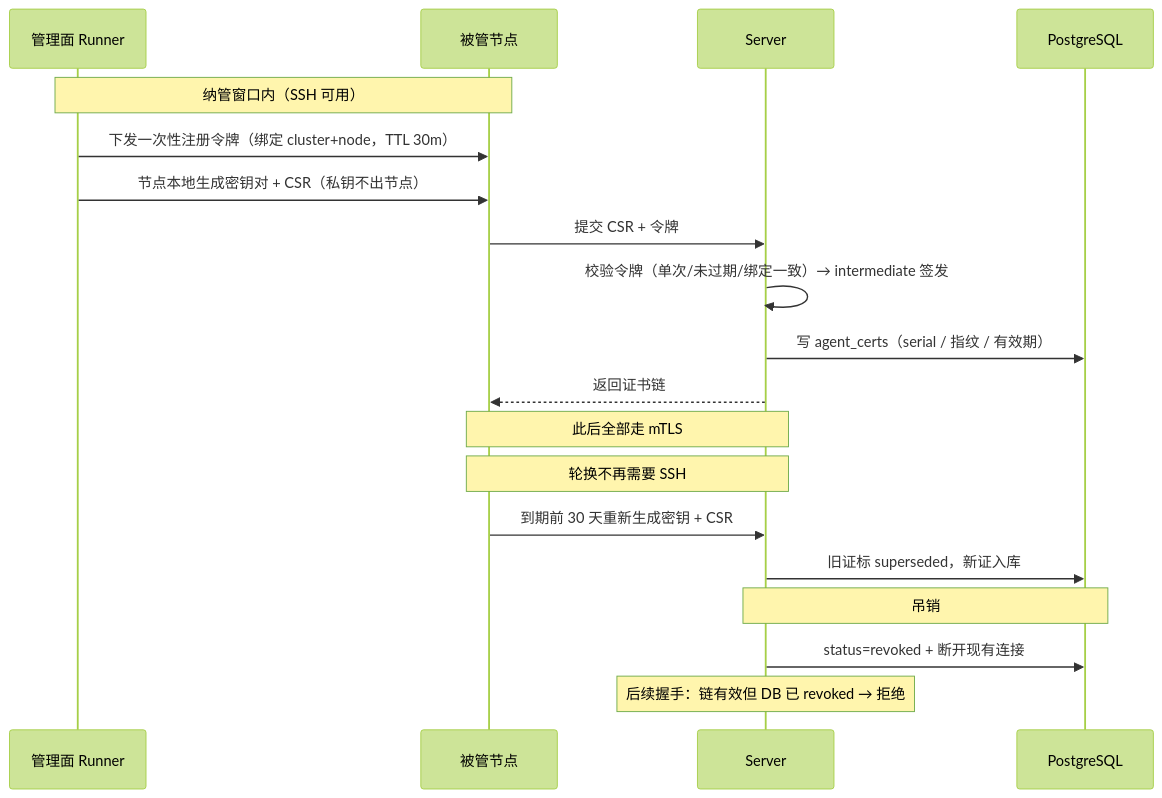
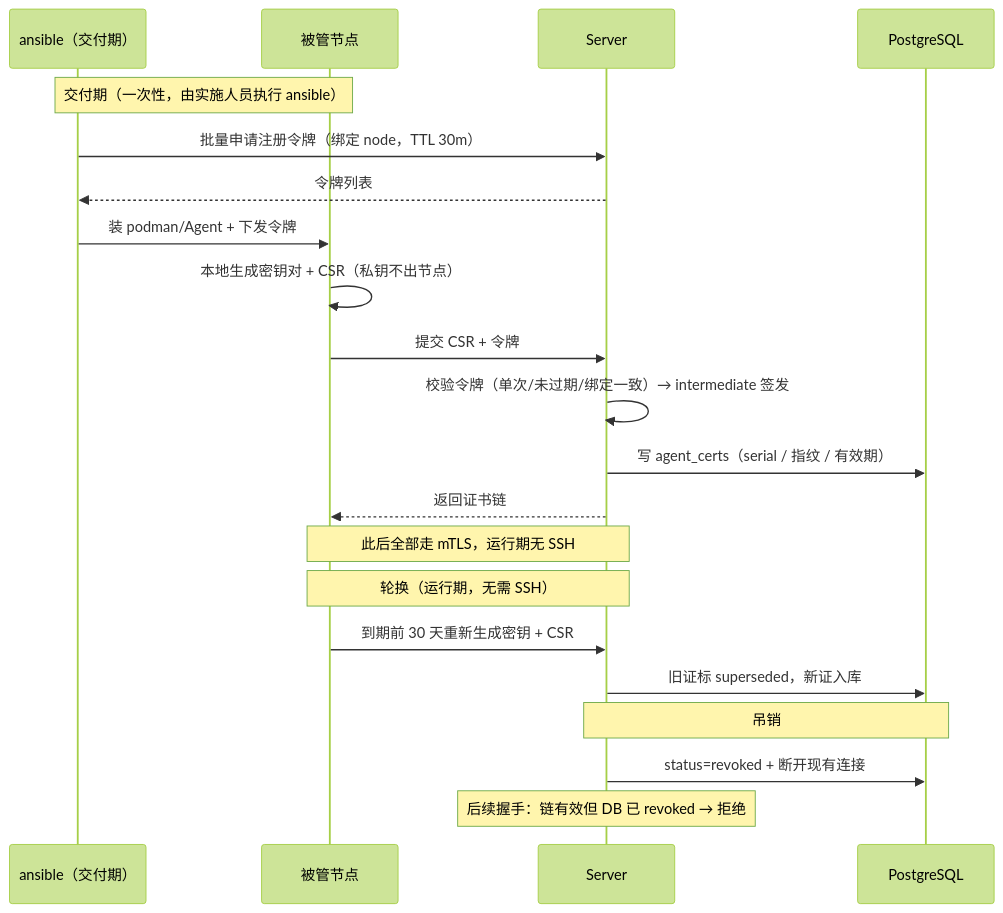
Before and after one commit to lnsyyj/winter: the seventh of 10 diagrams in docs/02-研发线/04-架构师/架构设计-Ceph管理平台.md, drawn with Mermaid (forest theme). The commit also changed other lines of this file and 17 other files, not shown here.

First line of the commit message:
docs(arch): Server 不再碰 Ceph，Agent 预装、运行期零 SSH（ADR-35）

````diff
--- a/docs/02-研发线/04-架构师/架构设计-Ceph管理平台.md
+++ b/docs/02-研发线/04-架构师/架构设计-Ceph管理平台.md
@@ -349,24 +346,26 @@
 ```mermaid
 sequenceDiagram
-    participant R as 管理面 Runner
+    participant AN as ansible（交付期）
     participant N as 被管节点
     participant S as Server
     participant DB as PostgreSQL
 
-    Note over R,N: 纳管窗口内（SSH 可用）
-    R->>N: 下发一次性注册令牌（绑定 cluster+node，TTL 30m）
-    R->>N: 节点本地生成密钥对 + CSR（私钥不出节点）
+    Note over AN,N: 交付期（一次性，由实施人员执行 ansible）
+    AN->>S: 批量申请注册令牌（绑定 node，TTL 30m）
+    S-->>AN: 令牌列表
+    AN->>N: 装 podman/Agent + 下发令牌
+    N->>N: 本地生成密钥对 + CSR（私钥不出节点）
     N->>S: 提交 CSR + 令牌
     S->>S: 校验令牌（单次/未过期/绑定一致）→ intermediate 签发
     S->>DB: 写 agent_certs（serial / 指纹 / 有效期）
     S-->>N: 返回证书链
-    Note over N,S: 此后全部走 mTLS
+    Note over N,S: 此后全部走 mTLS，运行期无 SSH
 
-    Note over N,S: 轮换不再需要 SSH
+    Note over N,S: 轮换（运行期，无需 SSH）
     N->>S: 到期前 30 天重新生成密钥 + CSR
     S->>DB: 旧证标 superseded，新证入库
 
     Note over S,DB: 吊销
     S->>DB: status=revoked + 断开现有连接
     Note over S: 后续握手：链有效但 DB 已 revoked → 拒绝
 ```
````
